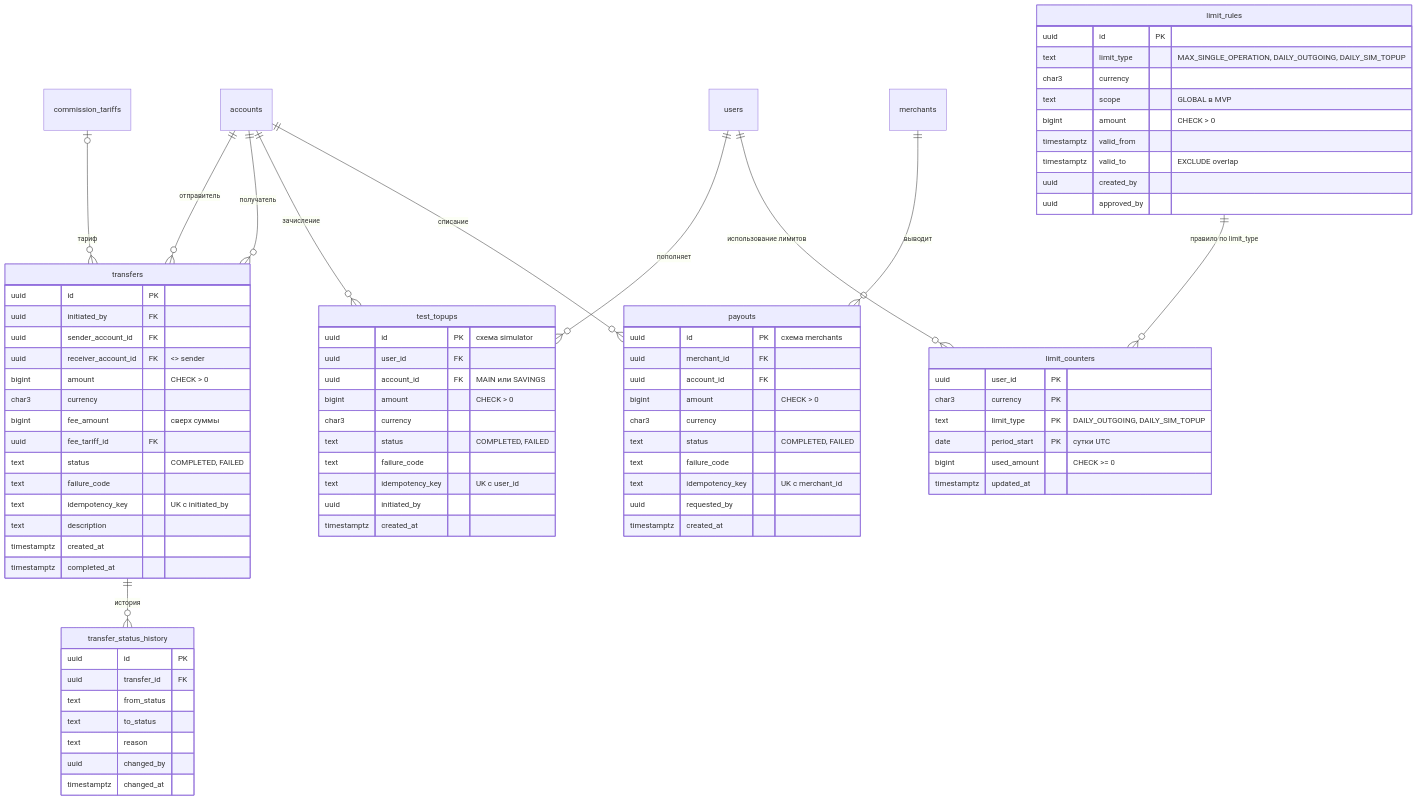
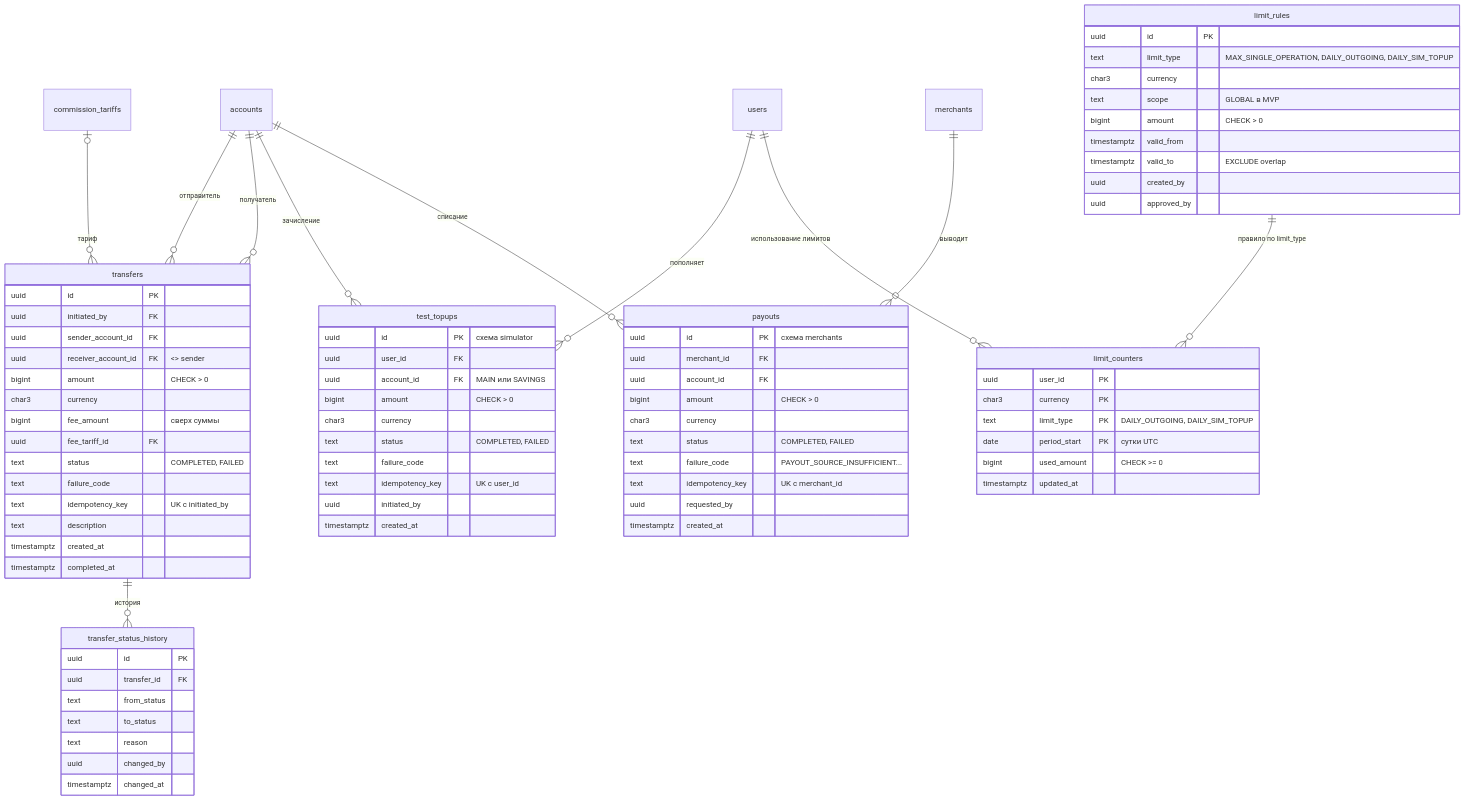
One commit to romangergovskiy/paycore changed the third of 6 diagrams in paycore/docs/database/er-diagram.md. Above: the diagram before and after it, drawn with Mermaid. The commit also changed other lines of this file and 12 other files, not shown here.

````diff
--- a/paycore/docs/database/er-diagram.md
+++ b/paycore/docs/database/er-diagram.md
@@ -263,82 +263,82 @@
 ```mermaid
 erDiagram
     accounts ||--o{ transfers : "отправитель"
     accounts ||--o{ transfers : "получатель"
     transfers ||--o{ transfer_status_history : "история"
     commission_tariffs |o--o{ transfers : "тариф"
     users ||--o{ test_topups : "пополняет"
     accounts ||--o{ test_topups : "зачисление"
     merchants ||--o{ payouts : "выводит"
     accounts ||--o{ payouts : "списание"
     users ||--o{ limit_counters : "использование лимитов"
     limit_rules ||--o{ limit_counters : "правило по limit_type"
 
     transfers {
         uuid id PK
         uuid initiated_by FK
         uuid sender_account_id FK
         uuid receiver_account_id FK "<> sender"
         bigint amount "CHECK > 0"
         char3 currency
         bigint fee_amount "сверх суммы"
         uuid fee_tariff_id FK
         text status "COMPLETED, FAILED"
         text failure_code
         text idempotency_key "UK с initiated_by"
         text description
         timestamptz created_at
         timestamptz completed_at
     }
     transfer_status_history {
         uuid id PK
         uuid transfer_id FK
         text from_status
         text to_status
         text reason
         uuid changed_by
         timestamptz changed_at
     }
     test_topups {
         uuid id PK "схема simulator"
         uuid user_id FK
         uuid account_id FK "MAIN или SAVINGS"
         bigint amount "CHECK > 0"
         char3 currency
         text status "COMPLETED, FAILED"
         text failure_code
         text idempotency_key "UK с user_id"
         uuid initiated_by
         timestamptz created_at
     }
     payouts {
         uuid id PK "схема merchants"
         uuid merchant_id FK
         uuid account_id FK
         bigint amount "CHECK > 0"
         char3 currency
         text status "COMPLETED, FAILED"
-        text failure_code
+        text failure_code "PAYOUT_SOURCE_INSUFFICIENT..."
         text idempotency_key "UK с merchant_id"
         uuid requested_by
         timestamptz created_at
     }
     limit_rules {
         uuid id PK
         text limit_type "MAX_SINGLE_OPERATION, DAILY_OUTGOING, DAILY_SIM_TOPUP"
         char3 currency
         text scope "GLOBAL в MVP"
         bigint amount "CHECK > 0"
         timestamptz valid_from
         timestamptz valid_to "EXCLUDE overlap"
         uuid created_by
         uuid approved_by
     }
     limit_counters {
         uuid user_id PK
         char3 currency PK
         text limit_type PK "DAILY_OUTGOING, DAILY_SIM_TOPUP"
         date period_start PK "сутки UTC"
         bigint used_amount "CHECK >= 0"
         timestamptz updated_at
     }
 ```
````
